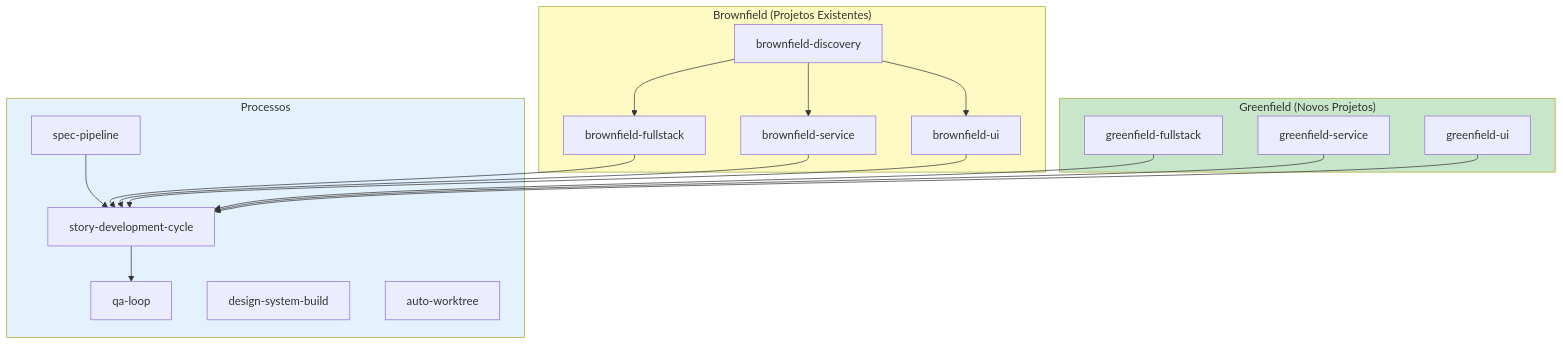
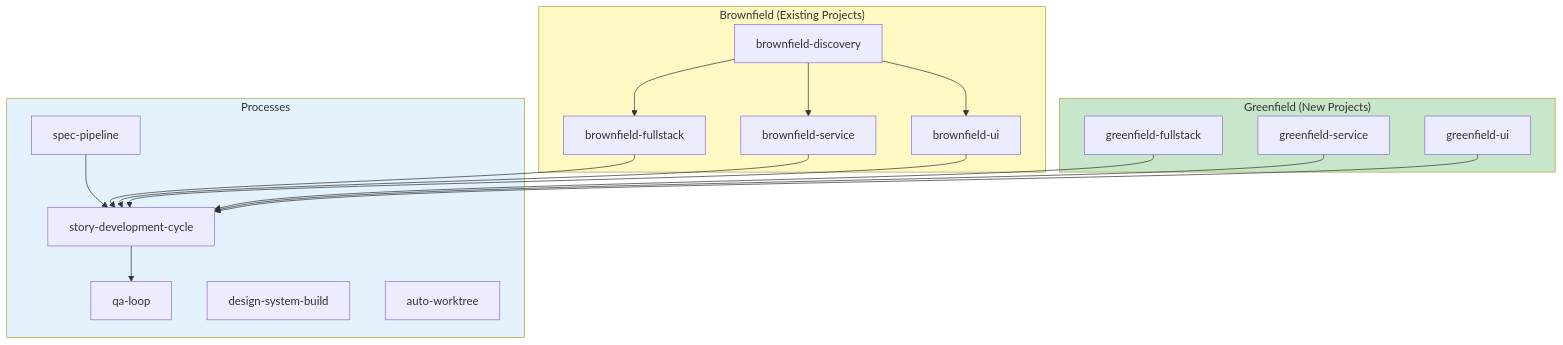
The first of 3 diagrams in docs/aexos-workflows/README.md (CyryxLabs/AEXOS), drawn with Mermaid before and after one commit. The commit also changed other lines of this file and 528 other files, not shown here.

````diff
--- a/docs/aexos-workflows/README.md
+++ b/docs/aexos-workflows/README.md
@@ -112,41 +110,41 @@
 ```mermaid
 flowchart TB
-    subgraph GREENFIELD["Greenfield (Novos Projetos)"]
+    subgraph GREENFIELD["Greenfield (New Projects)"]
         GF["greenfield-fullstack"]
         GS["greenfield-service"]
         GU["greenfield-ui"]
     end
 
-    subgraph BROWNFIELD["Brownfield (Projetos Existentes)"]
+    subgraph BROWNFIELD["Brownfield (Existing Projects)"]
         BD["brownfield-discovery"]
         BF["brownfield-fullstack"]
         BS["brownfield-service"]
         BU["brownfield-ui"]
     end
 
-    subgraph PROCESS["Processos"]
+    subgraph PROCESS["Processes"]
         SDC["story-development-cycle"]
         QAL["qa-loop"]
         SP["spec-pipeline"]
         DSB["design-system-build"]
         AW["auto-worktree"]
     end
 
     BD --> BF
     BD --> BS
     BD --> BU
 
     GF --> SDC
     GS --> SDC
     GU --> SDC
     BF --> SDC
     BS --> SDC
     BU --> SDC
 
     SDC --> QAL
     SP --> SDC
 
     style GREENFIELD fill:#c8e6c9
     style BROWNFIELD fill:#fff9c4
     style PROCESS fill:#e3f2fd
 ```
````
